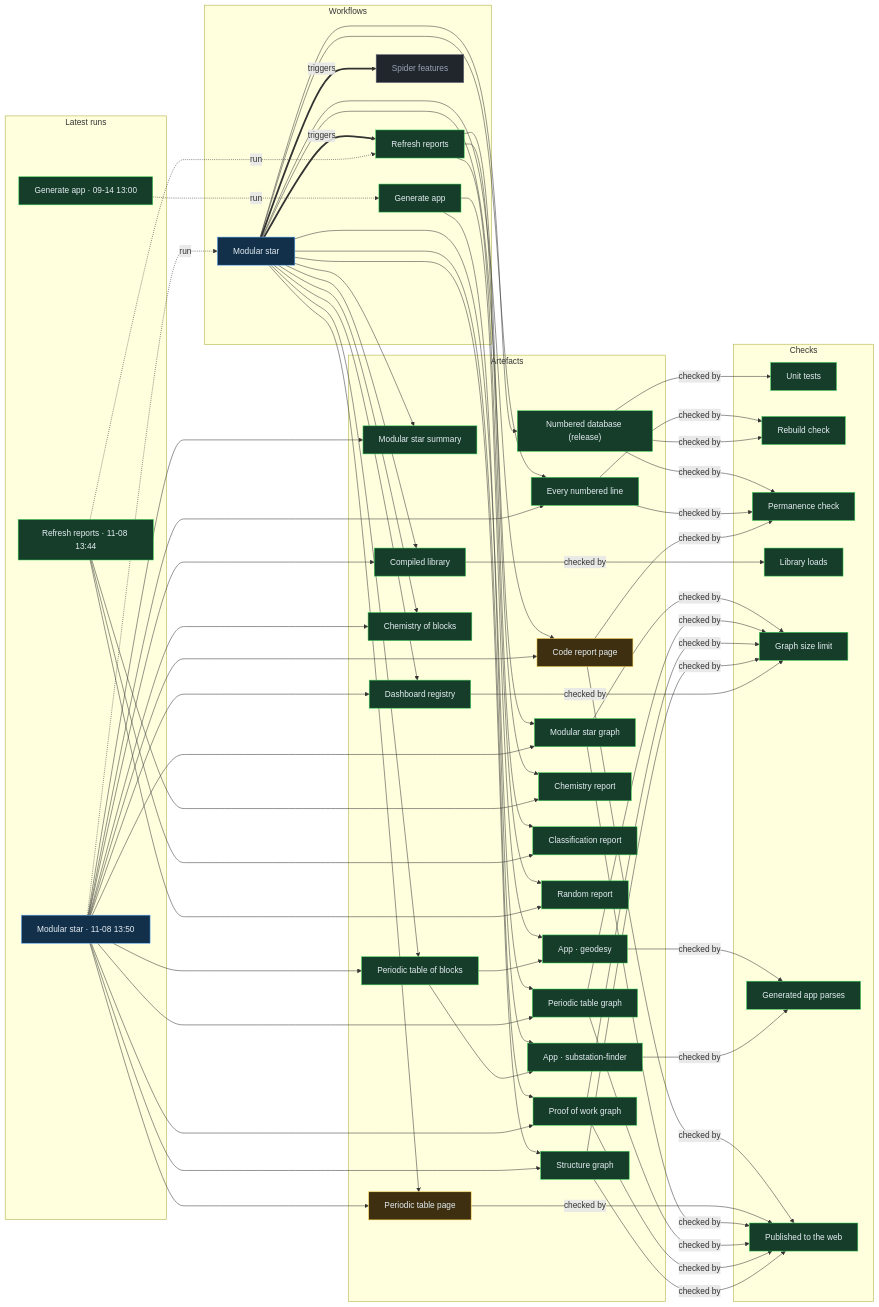
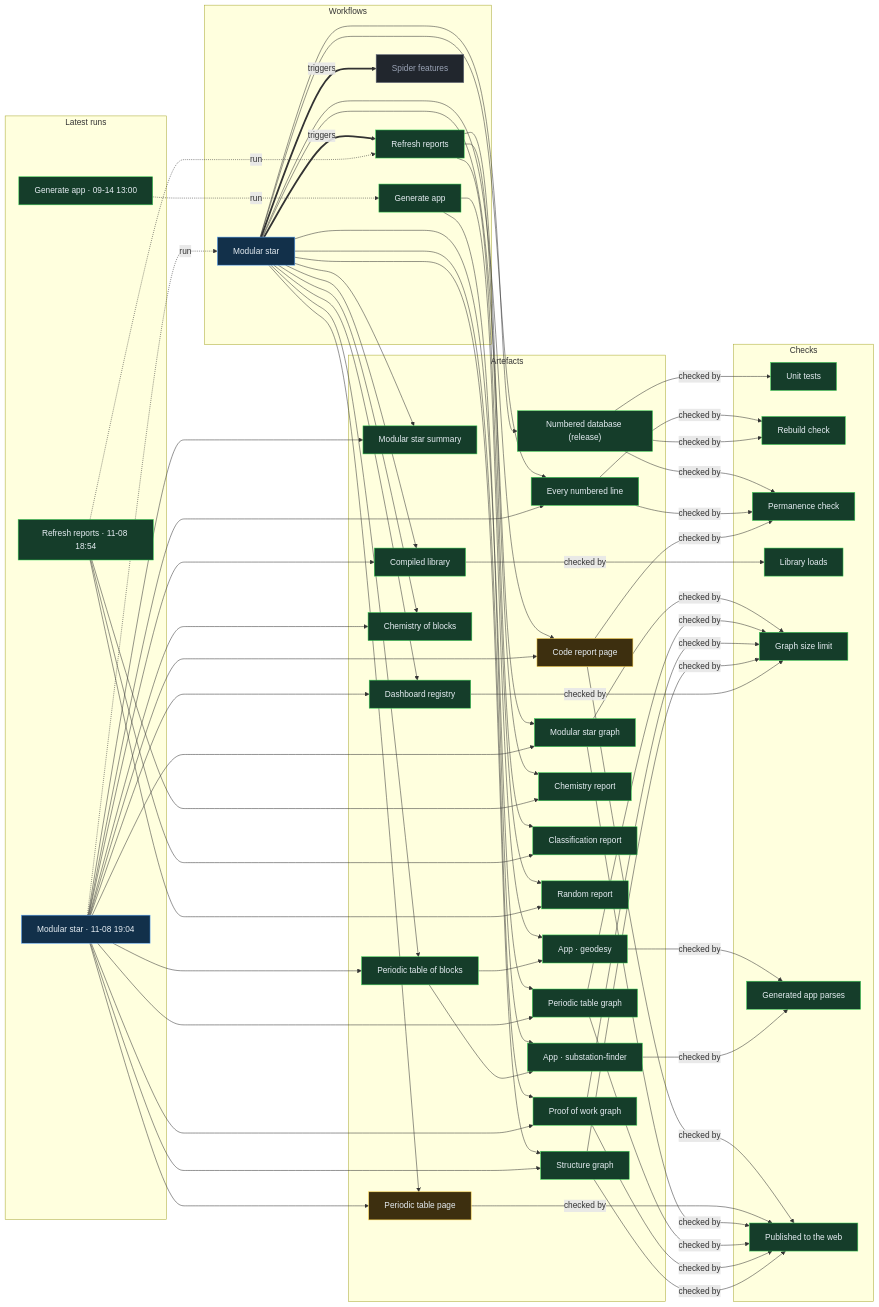
Before and after one commit to Ventusltd/stars: the diagram in proof/PROOF.md, drawn with Mermaid. The commit also changed other lines of this file and 33 other files, not shown here.

Commit message:
Modular star 2026-11-08T19:07Z

```diff
--- a/proof/PROOF.md
+++ b/proof/PROOF.md
@@ -24,8 +24,8 @@
   n_wf_spider_features["Spider features"]:::off
   end
   subgraph g_runs["Latest runs"]
-  n_run_42486882194["Modular star · 11-08 13:50"]:::live
-  n_run_42486381293["Refresh reports · 11-08 13:44"]:::ok
+  n_run_42513198892["Modular star · 11-08 19:04"]:::live
+  n_run_42512297762["Refresh reports · 11-08 18:54"]:::ok
   n_run_34846587798["Generate app · 09-14 13:00"]:::ok
   end
   subgraph g_artefacts["Artefacts"]
@@ -59,39 +59,39 @@
   end
   n_wf_modular_star == triggers ==> n_wf_refresh
   n_wf_modular_star == triggers ==> n_wf_spider_features
-  n_run_42486882194 -. run .-> n_wf_modular_star
-  n_run_42486381293 -. run .-> n_wf_refresh
+  n_run_42513198892 -. run .-> n_wf_modular_star
+  n_run_42512297762 -. run .-> n_wf_refresh
   n_run_34846587798 -. run .-> n_wf_generate
   n_wf_modular_star --> n_art_summary
-  n_run_42486882194 --> n_art_summary
+  n_run_42513198892 --> n_art_summary
   n_wf_modular_star --> n_art_lines
-  n_run_42486882194 --> n_art_lines
+  n_run_42513198892 --> n_art_lines
   n_wf_modular_star --> n_art_code
-  n_run_42486882194 --> n_art_code
+  n_run_42513198892 --> n_art_code
   n_wf_modular_star --> n_art_modular_graph
-  n_run_42486882194 --> n_art_modular_graph
+  n_run_42513198892 --> n_art_modular_graph
   n_wf_modular_star --> n_art_blocks
-  n_run_42486882194 --> n_art_blocks
+  n_run_42513198892 --> n_art_blocks
   n_wf_modular_star --> n_art_table
-  n_run_42486882194 --> n_art_table
+  n_run_42513198892 --> n_art_table
   n_wf_modular_star --> n_art_blocks_graph
-  n_run_42486882194 --> n_art_blocks_graph
+  n_run_42513198892 --> n_art_blocks_graph
   n_wf_modular_star --> n_art_reactions
-  n_run_42486882194 --> n_art_reactions
+  n_run_42513198892 --> n_art_reactions
   n_wf_modular_star --> n_art_library
-  n_run_42486882194 --> n_art_library
+  n_run_42513198892 --> n_art_library
   n_wf_modular_star --> n_art_features
-  n_run_42486882194 --> n_art_features
+  n_run_42513198892 --> n_art_features
   n_wf_modular_star --> n_art_proof
-  n_run_42486882194 --> n_art_proof
+  n_run_42513198892 --> n_art_proof
   n_wf_modular_star --> n_art_structure
-  n_run_42486882194 --> n_art_structure
+  n_run_42513198892 --> n_art_structure
   n_wf_refresh --> n_art_chemistry
-  n_run_42486381293 --> n_art_chemistry
+  n_run_42512297762 --> n_art_chemistry
   n_wf_refresh --> n_art_vedic
-  n_run_42486381293 --> n_art_vedic
+  n_run_42512297762 --> n_art_vedic
   n_wf_refresh --> n_art_random
-  n_run_42486381293 --> n_art_random
+  n_run_42512297762 --> n_art_random
   n_wf_modular_star --> n_art_release
   n_wf_generate --> n_app_geodesy
   n_art_blocks --> n_app_geodesy
```
